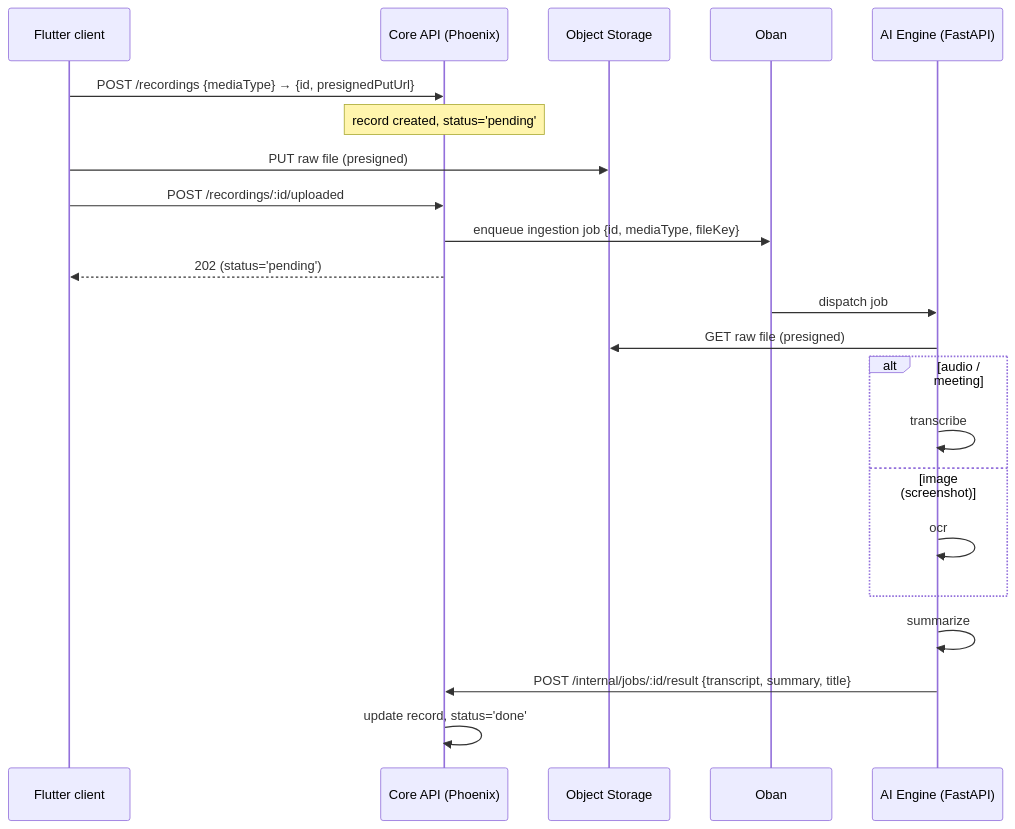
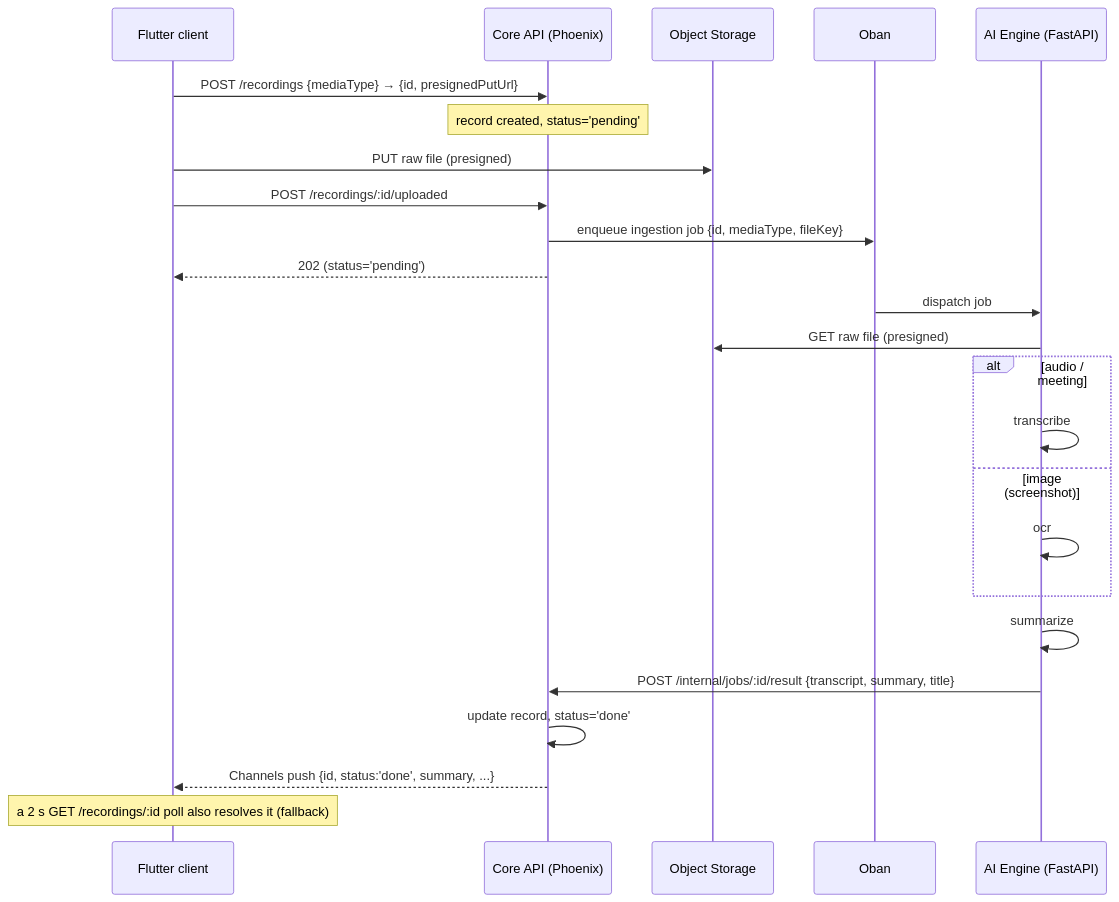
Before and after one commit to matome-org/matome-app: the second of 2 diagrams in .docs/architecture.md, drawn with Mermaid. The commit also changed other lines of this file and 1 other file, not shown here.

First line of the commit message:
docs: restore the Phoenix Channels realtime path in architecture

````diff
--- a/.docs/architecture.md
+++ b/.docs/architecture.md
@@ -151,25 +156,27 @@
 ```mermaid
 sequenceDiagram
   participant C as Flutter client
   participant API as Core API (Phoenix)
   participant ST as Object Storage
   participant OB as Oban
   participant AI as AI Engine (FastAPI)
 
   C->>API: POST /recordings {mediaType} → {id, presignedPutUrl}
   Note over API: record created, status='pending'
   C->>ST: PUT raw file (presigned)
   C->>API: POST /recordings/:id/uploaded
   API->>OB: enqueue ingestion job {id, mediaType, fileKey}
   API-->>C: 202 (status='pending')
   OB->>AI: dispatch job
   AI->>ST: GET raw file (presigned)
   alt audio / meeting
     AI->>AI: transcribe
   else image (screenshot)
     AI->>AI: ocr
   end
   AI->>AI: summarize
   AI->>API: POST /internal/jobs/:id/result {transcript, summary, title}
   API->>API: update record, status='done'
+  API-->>C: Channels push {id, status:'done', summary, ...}
+  Note over C: a 2 s GET /recordings/:id poll also resolves it (fallback)
 ```
````
